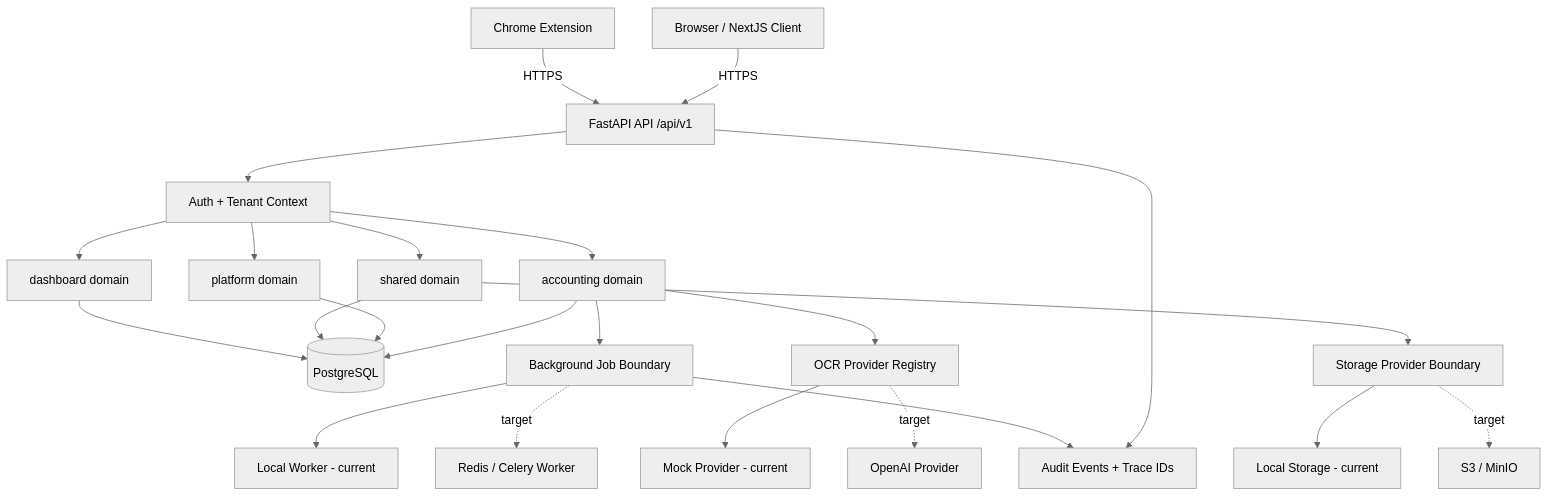
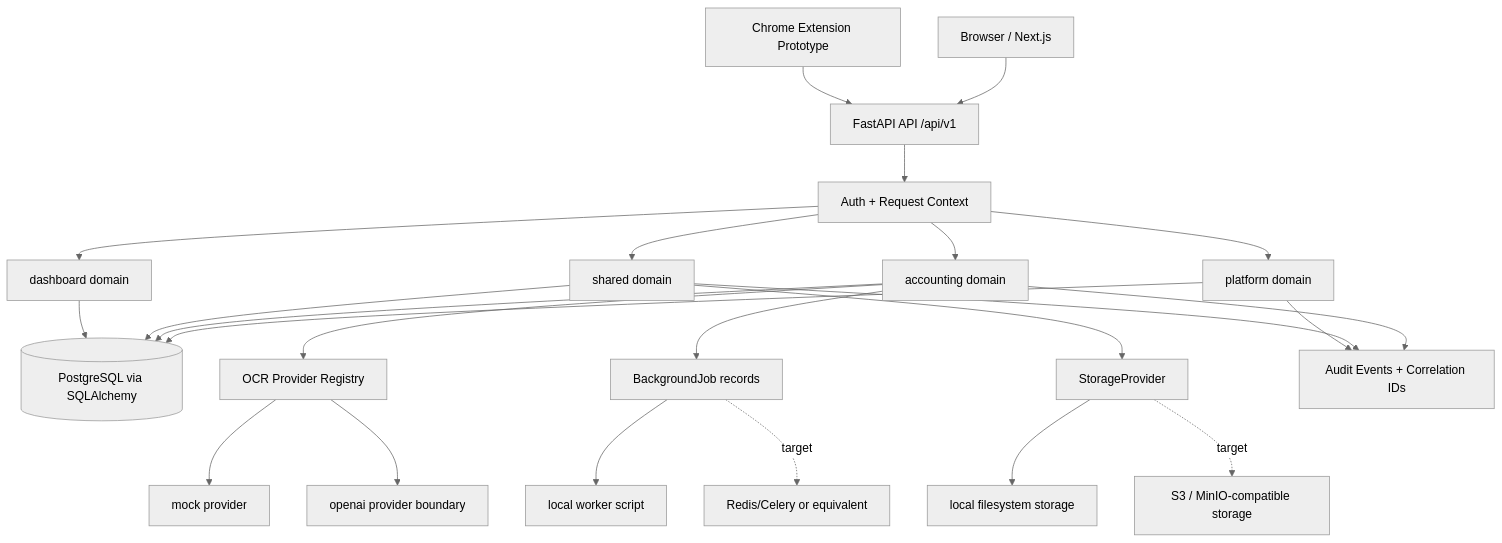
One commit to phattpde140043/accounting-ocr-platform changed the diagram in docs/ARCHITECTURE.md. Above: the diagram before and after it, drawn with Mermaid (neutral theme). The commit also changed other lines of this file, not shown here.

Commit message:
Update architecture source state

````diff
--- a/docs/ARCHITECTURE.md
+++ b/docs/ARCHITECTURE.md
@@ -41,31 +66,32 @@
 ```mermaid
 graph TD
-    Client["Browser / NextJS Client"] -->|HTTPS| API["FastAPI API /api/v1"]
-    Extension["Chrome Extension"] -->|HTTPS| API
+    Browser["Browser / Next.js"] --> API["FastAPI API /api/v1"]
+    Extension["Chrome Extension Prototype"] --> API
 
-    API --> Context["Auth + Tenant Context"]
+    API --> Context["Auth + Request Context"]
     Context --> Platform["platform domain"]
     Context --> Accounting["accounting domain"]
     Context --> Shared["shared domain"]
     Context --> Dashboard["dashboard domain"]
 
-    Accounting --> DB[("PostgreSQL")]
-    Platform --> DB
+    Platform --> DB[("PostgreSQL via SQLAlchemy")]
+    Accounting --> DB
     Shared --> DB
     Dashboard --> DB
 
-    Shared --> Storage["Storage Provider Boundary"]
-    Storage --> LocalStorage["Local Storage - current"]
-    Storage -. target .-> ObjectStorage["S3 / MinIO"]
+    Accounting --> OCRRegistry["OCR Provider Registry"]
+    OCRRegistry --> MockOCR["mock provider"]
+    OCRRegistry --> OpenAIOCR["openai provider boundary"]
 
-    Accounting --> JobBoundary["Background Job Boundary"]
-    JobBoundary --> LocalWorker["Local Worker - current"]
-    JobBoundary -. target .-> RedisWorker["Redis / Celery Worker"]
+    Shared --> StorageBoundary["StorageProvider"]
+    StorageBoundary --> LocalStorage["local filesystem storage"]
+    StorageBoundary -. target .-> ObjectStorage["S3 / MinIO-compatible storage"]
 
-    Accounting --> OcrRegistry["OCR Provider Registry"]
-    OcrRegistry --> MockProvider["Mock Provider - current"]
-    OcrRegistry -. target .-> OpenAIProvider["OpenAI Provider"]
+    Accounting --> Jobs["BackgroundJob records"]
+    Jobs --> LocalWorker["local worker script"]
+    Jobs -. target .-> DurableQueue["Redis/Celery or equivalent"]
 
-    API --> Audit["Audit Events + Trace IDs"]
-    JobBoundary --> Audit
+    Accounting --> Audit["Audit Events + Correlation IDs"]
+    Shared --> Audit
+    Platform --> Audit
 ```
````
